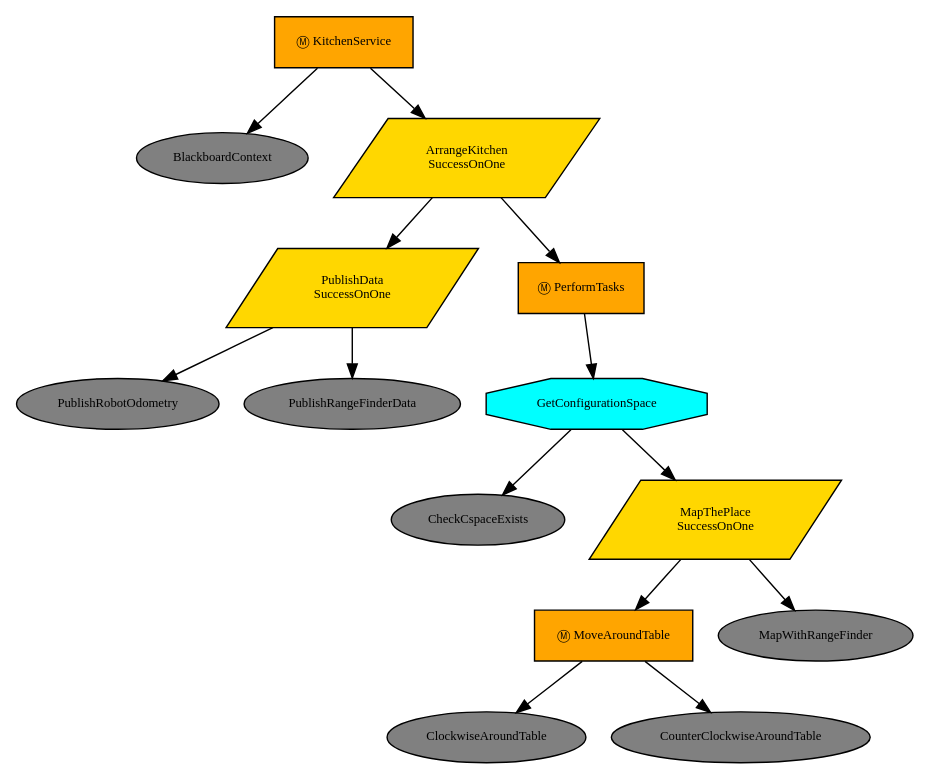
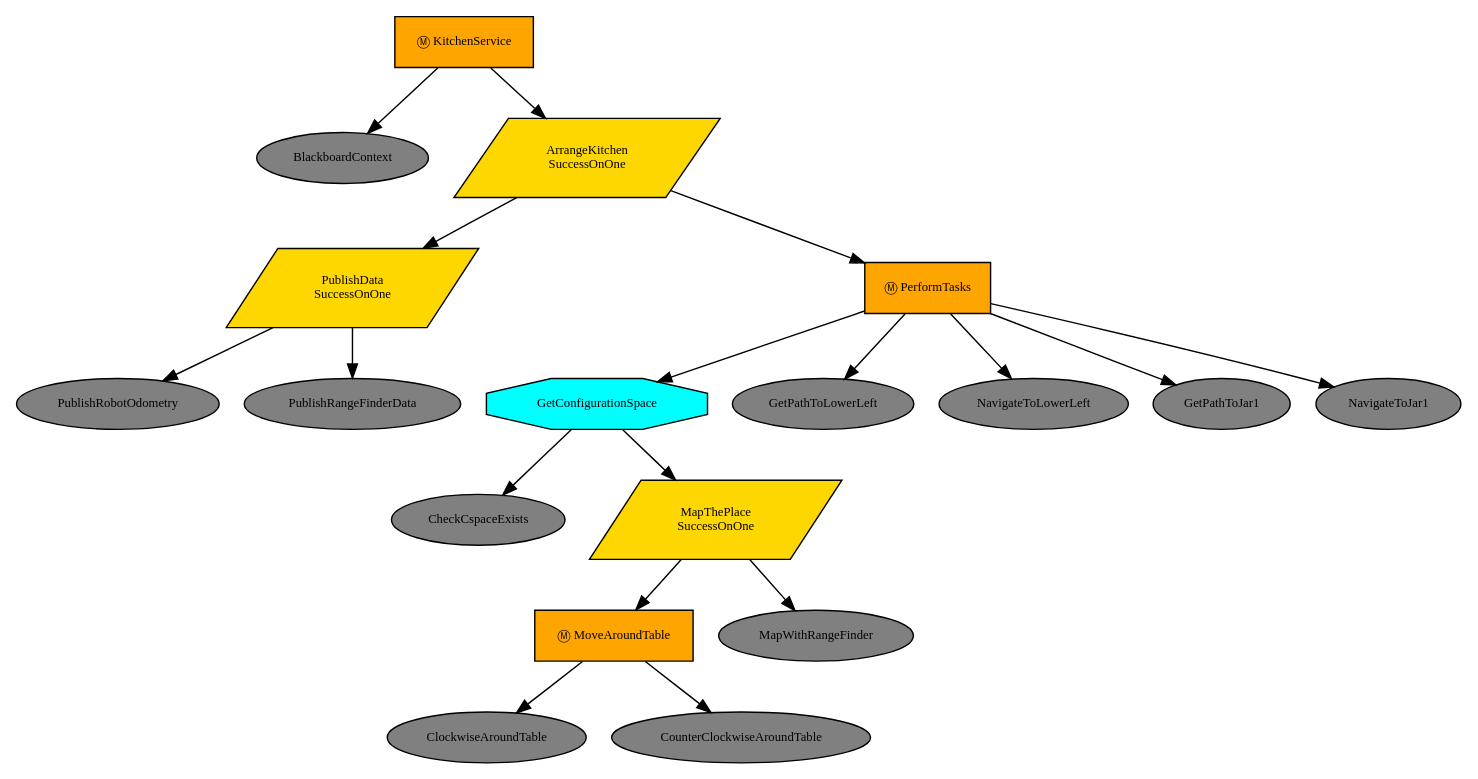
Before and after one commit to Jibrangit/robot_in_kitchen: the diagram in controllers/kitchen_service/kitchenservice.dot, drawn with Graphviz. The commit also changed 6 other files, not shown here.

```diff
--- a/controllers/kitchen_service/kitchenservice.dot
+++ b/controllers/kitchen_service/kitchenservice.dot
@@ -1,33 +1,41 @@
 digraph pastafarianism {
 ordering=out;
 graph [fontname="times-roman"];
 node [fontname="times-roman"];
 edge [fontname="times-roman"];
 KitchenService [fillcolor=orange, fontcolor=black, fontsize=9, label="Ⓜ KitchenService", shape=box, style=filled];
 BlackboardContext [fillcolor=gray, fontcolor=black, fontsize=9, label=BlackboardContext, shape=ellipse, style=filled];
 KitchenService -> BlackboardContext;
 ArrangeKitchen [fillcolor=gold, fontcolor=black, fontsize=9, label="ArrangeKitchen\nSuccessOnOne", shape=parallelogram, style=filled];
 KitchenService -> ArrangeKitchen;
 PublishData [fillcolor=gold, fontcolor=black, fontsize=9, label="PublishData\nSuccessOnOne", shape=parallelogram, style=filled];
 ArrangeKitchen -> PublishData;
 PublishRobotOdometry [fillcolor=gray, fontcolor=black, fontsize=9, label=PublishRobotOdometry, shape=ellipse, style=filled];
 PublishData -> PublishRobotOdometry;
 PublishRangeFinderData [fillcolor=gray, fontcolor=black, fontsize=9, label=PublishRangeFinderData, shape=ellipse, style=filled];
 PublishData -> PublishRangeFinderData;
 PerformTasks [fillcolor=orange, fontcolor=black, fontsize=9, label="Ⓜ PerformTasks", shape=box, style=filled];
 ArrangeKitchen -> PerformTasks;
 GetConfigurationSpace [fillcolor=cyan, fontcolor=black, fontsize=9, label=GetConfigurationSpace, shape=octagon, style=filled];
 PerformTasks -> GetConfigurationSpace;
 CheckCspaceExists [fillcolor=gray, fontcolor=black, fontsize=9, label=CheckCspaceExists, shape=ellipse, style=filled];
 GetConfigurationSpace -> CheckCspaceExists;
 MapThePlace [fillcolor=gold, fontcolor=black, fontsize=9, label="MapThePlace\nSuccessOnOne", shape=parallelogram, style=filled];
 GetConfigurationSpace -> MapThePlace;
 MoveAroundTable [fillcolor=orange, fontcolor=black, fontsize=9, label="Ⓜ MoveAroundTable", shape=box, style=filled];
 MapThePlace -> MoveAroundTable;
 ClockwiseAroundTable [fillcolor=gray, fontcolor=black, fontsize=9, label=ClockwiseAroundTable, shape=ellipse, style=filled];
 MoveAroundTable -> ClockwiseAroundTable;
 CounterClockwiseAroundTable [fillcolor=gray, fontcolor=black, fontsize=9, label=CounterClockwiseAroundTable, shape=ellipse, style=filled];
 MoveAroundTable -> CounterClockwiseAroundTable;
 MapWithRangeFinder [fillcolor=gray, fontcolor=black, fontsize=9, label=MapWithRangeFinder, shape=ellipse, style=filled];
 MapThePlace -> MapWithRangeFinder;
+GetPathToLowerLeft [fillcolor=gray, fontcolor=black, fontsize=9, label=GetPathToLowerLeft, shape=ellipse, style=filled];
+PerformTasks -> GetPathToLowerLeft;
+NavigateToLowerLeft [fillcolor=gray, fontcolor=black, fontsize=9, label=NavigateToLowerLeft, shape=ellipse, style=filled];
+PerformTasks -> NavigateToLowerLeft;
+GetPathToJar1 [fillcolor=gray, fontcolor=black, fontsize=9, label=GetPathToJar1, shape=ellipse, style=filled];
+PerformTasks -> GetPathToJar1;
+NavigateToJar1 [fillcolor=gray, fontcolor=black, fontsize=9, label=NavigateToJar1, shape=ellipse, style=filled];
+PerformTasks -> NavigateToJar1;
 }
```
